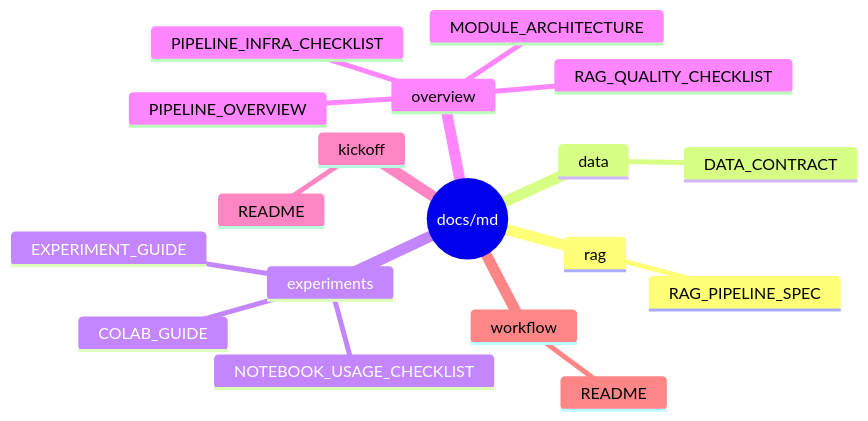
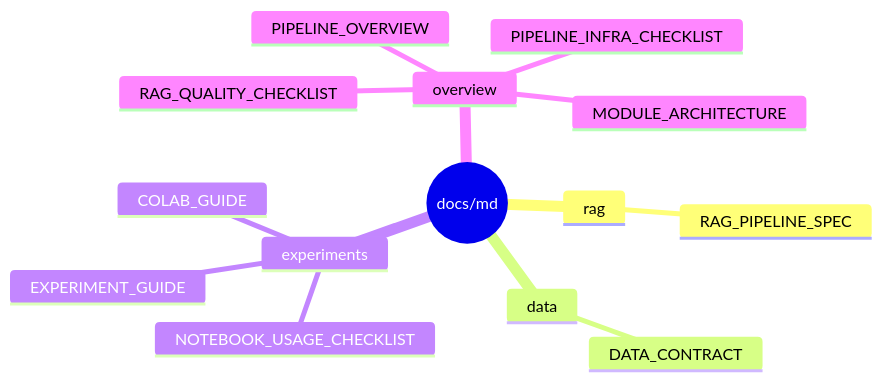
Before and after one commit to Codeit-Part3-6Team/Codeit-Part3-6Team-Project: the diagram in docs/md/README.md, drawn with Mermaid. The commit also changed other lines of this file and 10 other files, not shown here.

````diff
--- a/docs/md/README.md
+++ b/docs/md/README.md
@@ -9,21 +9,17 @@
 ```mermaid
 mindmap
   root((docs/md))
     rag
       RAG_PIPELINE_SPEC
     data
       DATA_CONTRACT
     experiments
       EXPERIMENT_GUIDE
       COLAB_GUIDE
       NOTEBOOK_USAGE_CHECKLIST
     overview
       PIPELINE_OVERVIEW
       MODULE_ARCHITECTURE
       PIPELINE_INFRA_CHECKLIST
       RAG_QUALITY_CHECKLIST
-    kickoff
-      README
-    workflow
-      README
 ```
````
